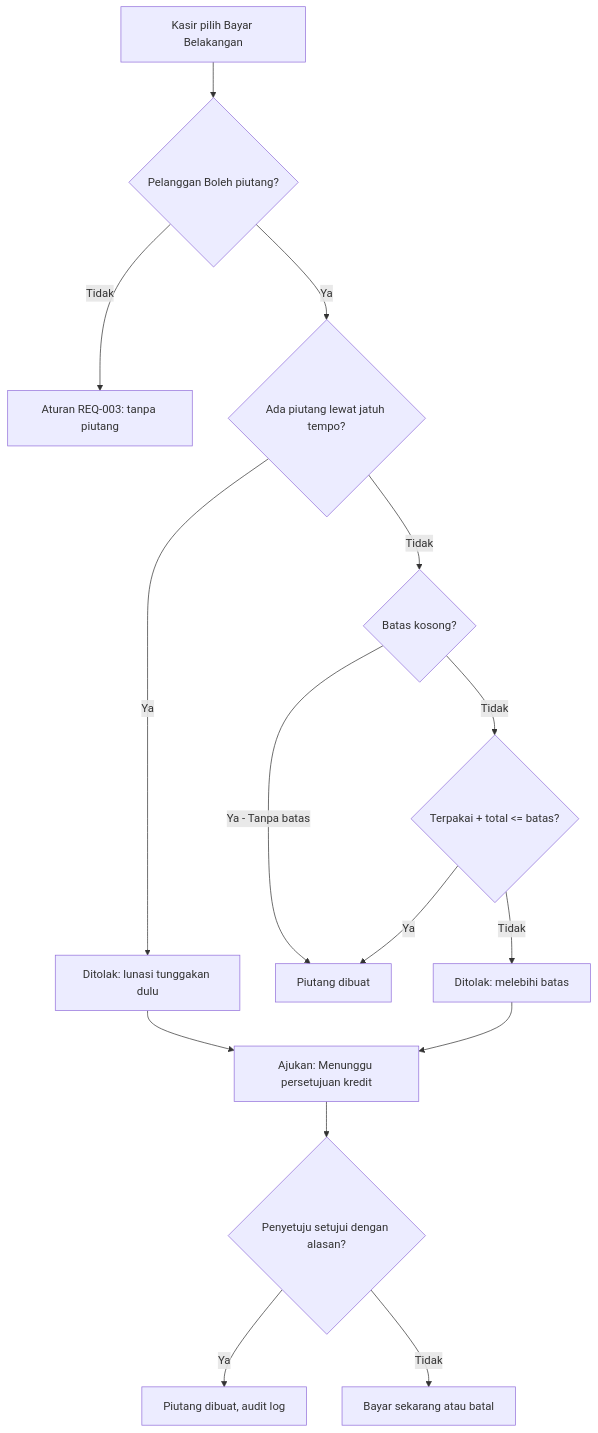
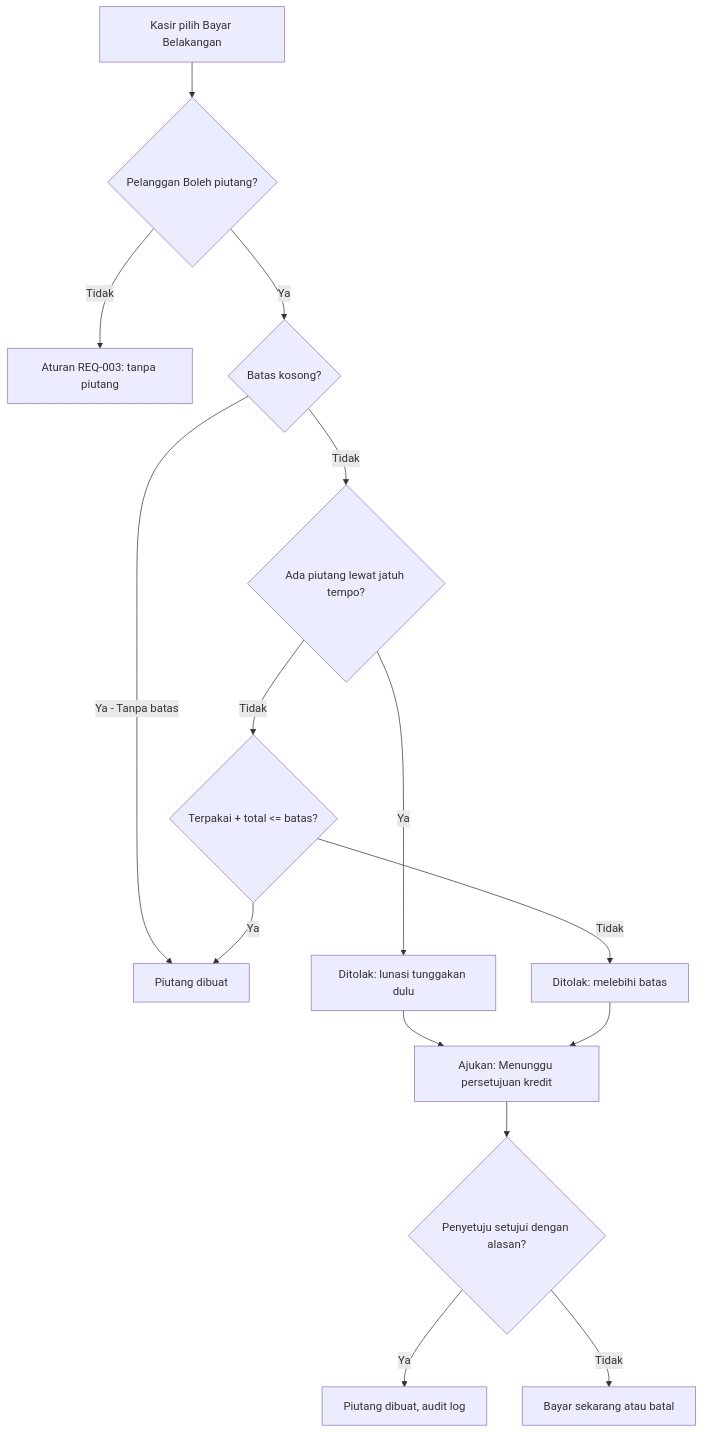
The diagram in backlog/REQ-007-batas-piutang-pelanggan.md (radityaaa43/poc-pos), drawn with Mermaid before and after one commit. The commit also changed other lines of this file, not shown here.

````diff
--- a/backlog/REQ-007-batas-piutang-pelanggan.md
+++ b/backlog/REQ-007-batas-piutang-pelanggan.md
@@ -114,17 +124,17 @@
 ```mermaid
 flowchart TD
     A[Kasir pilih Bayar Belakangan] --> B{Pelanggan Boleh piutang?}
     B -->|Tidak| B1[Aturan REQ-003: tanpa piutang]
-    B -->|Ya| C{Ada piutang lewat jatuh tempo?}
+    B -->|Ya| D{Batas kosong?}
+    D -->|Ya - Tanpa batas| OK[Piutang dibuat]
+    D -->|Tidak| C{Ada piutang lewat jatuh tempo?}
     C -->|Ya| X[Ditolak: lunasi tunggakan dulu]
-    C -->|Tidak| D{Batas kosong?}
-    D -->|Ya - Tanpa batas| OK[Piutang dibuat]
-    D -->|Tidak| E{Terpakai + total <= batas?}
+    C -->|Tidak| E{Terpakai + total <= batas?}
     E -->|Ya| OK
     E -->|Tidak| Y[Ditolak: melebihi batas]
     X --> Q[Ajukan: Menunggu persetujuan kredit]
     Q --> Z{Penyetuju setujui dengan alasan?}
     Y --> Q
     Z -->|Ya| OK2[Piutang dibuat, audit log]
     Z -->|Tidak| P[Bayar sekarang atau batal]
 ```
````
